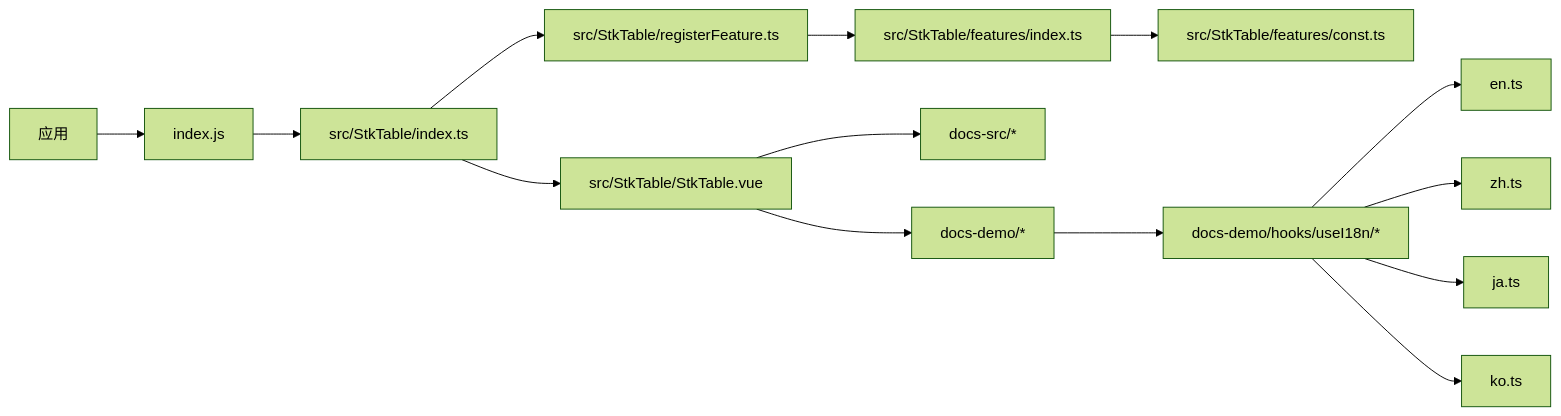
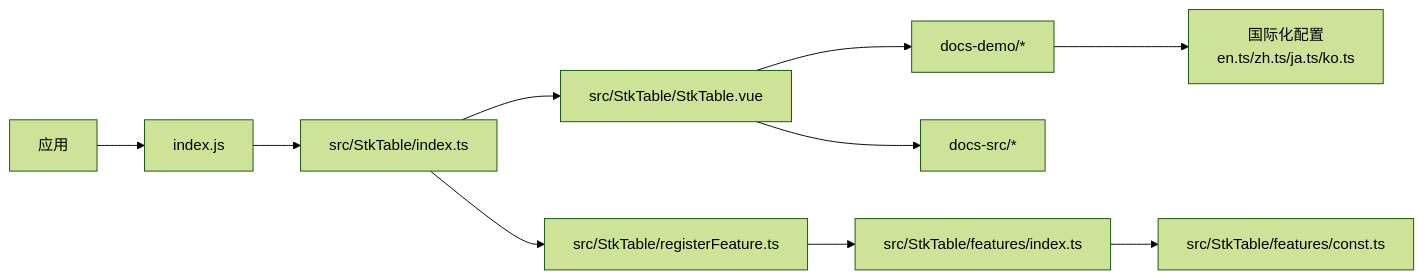
The fifth of 5 diagrams in .qoder/repowiki/zh/content/集成指南/集成指南.md (ja-plus/stk-table-vue), drawn with Mermaid (forest theme) before and after one commit. The commit also changed other lines of this file and 12 other files, not shown here.

````diff
--- a/.qoder/repowiki/zh/content/集成指南/集成指南.md
+++ b/.qoder/repowiki/zh/content/集成指南/集成指南.md
@@ -321,16 +316,12 @@
 ```mermaid
 graph LR
 App["应用"] --> Entry["index.js"]
 Entry --> Export["src/StkTable/index.ts"]
 Export --> Component["src/StkTable/StkTable.vue"]
 Export --> Registry["src/StkTable/registerFeature.ts"]
 Registry --> Features["src/StkTable/features/index.ts"]
 Features --> Consts["src/StkTable/features/const.ts"]
 Component --> Docs["docs-src/*"]
 Component --> Demos["docs-demo/*"]
-Demos --> I18n["docs-demo/hooks/useI18n/*"]
-I18n --> En["en.ts"]
-I18n --> Zh["zh.ts"]
-I18n --> Ja["ja.ts"]
-I18n --> Ko["ko.ts"]
+Demos --> I18n["国际化配置<br/>en.ts/zh.ts/ja.ts/ko.ts"]
 ```
````
